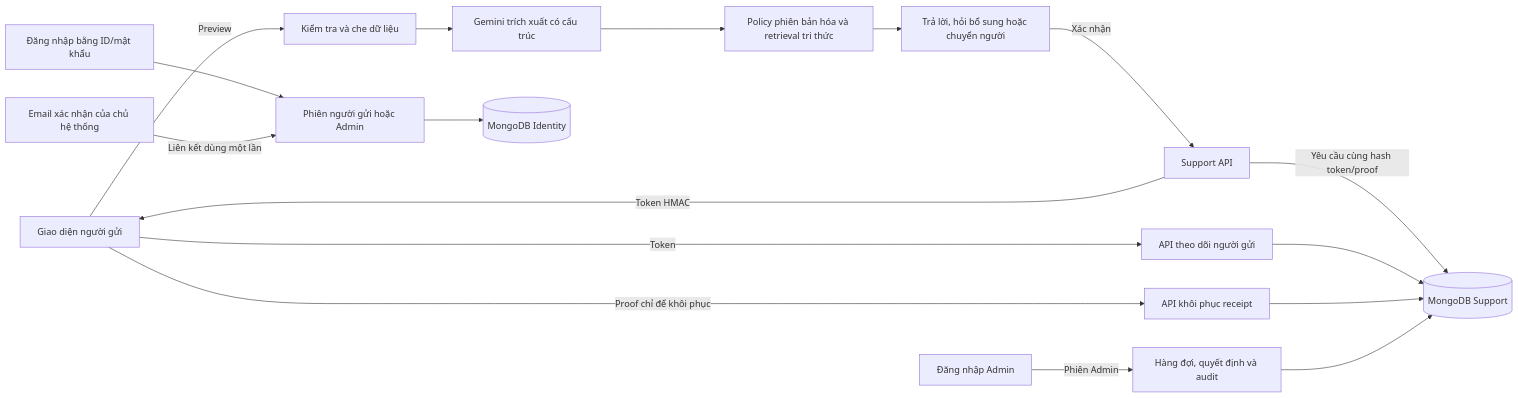
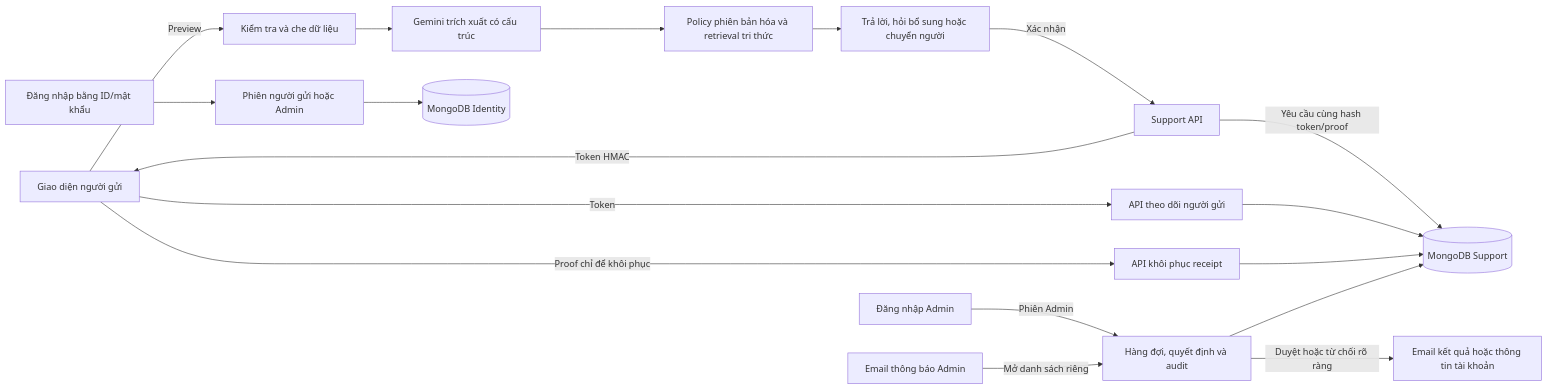
Before and after one commit to Tienkhoaa2908/NSC-helpdesk---MLAI-hackathon-2026: the second of 2 diagrams in README.md, drawn with Mermaid. The commit also changed other lines of this file and 38 other files, not shown here.

Commit message:
Complete demo account issuance flow

````diff
--- a/README.md
+++ b/README.md
@@ -221,19 +239,20 @@
 ```mermaid
 flowchart LR
   R[Giao diện người gửi] -->|Preview| I[Kiểm tra và che dữ liệu]
   I --> M[Gemini trích xuất có cấu trúc]
   M --> P[Policy phiên bản hóa và retrieval tri thức]
   P --> V[Trả lời, hỏi bổ sung hoặc chuyển người]
   V -->|Xác nhận| S[Support API]
   S -->|Yêu cầu cùng hash token/proof| DB[(MongoDB Support)]
   S -->|Token HMAC| R
   R -->|Token| F[API theo dõi người gửi]
   F --> DB
   R -->|Proof chỉ để khôi phục| H[API khôi phục receipt]
   H --> DB
   A[Đăng nhập Admin] -->|Phiên Admin| Q[Hàng đợi, quyết định và audit]
   Q --> DB
   U[Đăng nhập bằng ID/mật khẩu] --> ID[Phiên người gửi hoặc Admin]
-  O[Email xác nhận của chủ hệ thống] -->|Liên kết dùng một lần| ID
+  O[Email thông báo Admin] -->|Mở danh sách riêng| Q
+  Q -->|Duyệt hoặc từ chối rõ ràng| E[Email kết quả hoặc thông tin tài khoản]
   ID --> DI[(MongoDB Identity)]
 ```
````
